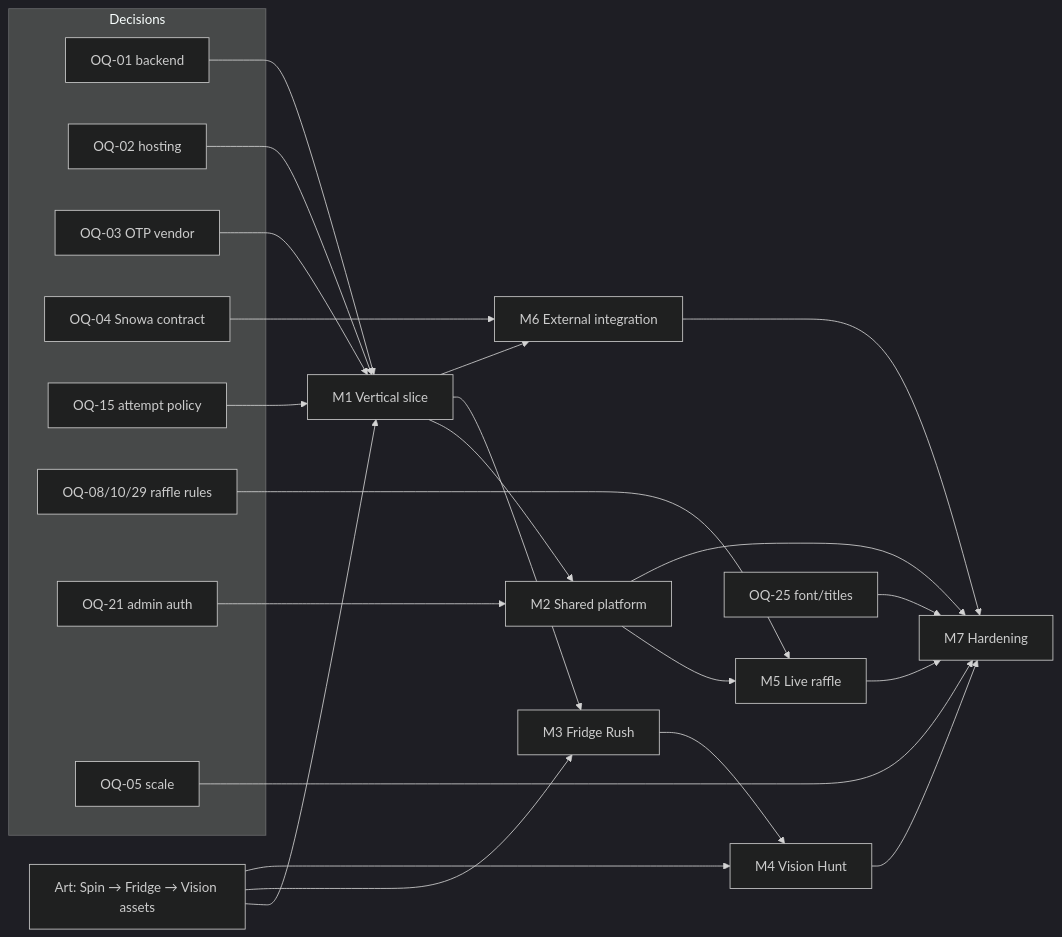
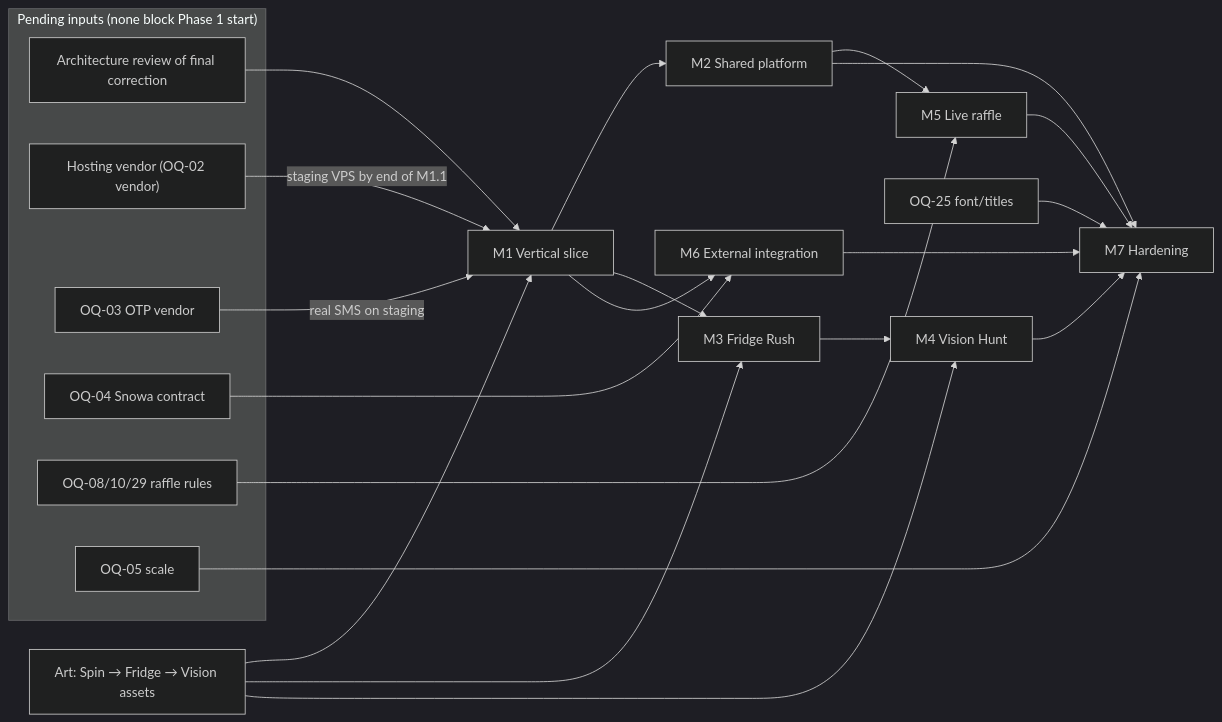
One commit to osameh15/Snowa-Exhibition-Game changed the diagram in docs/12-planning/02-milestones-and-dependencies.md. Above: the diagram before and after it, drawn with Mermaid (dark theme). The commit also changed other lines of this file and 61 other files, not shown here.

First line of the commit message:
docs: right-size secure exhibition architecture

````diff
--- a/docs/12-planning/02-milestones-and-dependencies.md
+++ b/docs/12-planning/02-milestones-and-dependencies.md
@@ -20,32 +20,28 @@
 ```mermaid
 flowchart LR
-  subgraph Decisions
-    D1["OQ-01 backend"]
-    D2["OQ-02 hosting"]
+  subgraph Pending["Pending inputs (none block Phase 1 start)"]
+    R0["Architecture review of final correction"]
+    V["Hosting vendor (OQ-02 vendor)"]
     D3["OQ-03 OTP vendor"]
     D4["OQ-04 Snowa contract"]
-    D15["OQ-15 attempt policy"]
     D8["OQ-08/10/29 raffle rules"]
-    D21["OQ-21 admin auth"]
     D5["OQ-05 scale"]
   end
   M1["M1 Vertical slice"] --> M2["M2 Shared platform"]
   M1 --> M3["M3 Fridge Rush"]
   M3 --> M4["M4 Vision Hunt"]
   M2 --> M5["M5 Live raffle"]
   M1 --> M6["M6 External integration"]
   M2 --> M7["M7 Hardening"]
   M4 --> M7
   M5 --> M7
   M6 --> M7
-  D1 --> M1
-  D2 --> M1
-  D3 --> M1
-  D15 --> M1
-  D21 --> M2
+  R0 --> M1
+  V -->|"staging VPS by end of M1.1"| M1
+  D3 -->|"real SMS on staging"| M1
   D8 --> M5
   D4 --> M6
   D5 --> M7
   ART["Art: Spin → Fridge → Vision assets"] --> M1 & M3 & M4
   FONT["OQ-25 font/titles"] --> M7
 ```
````
